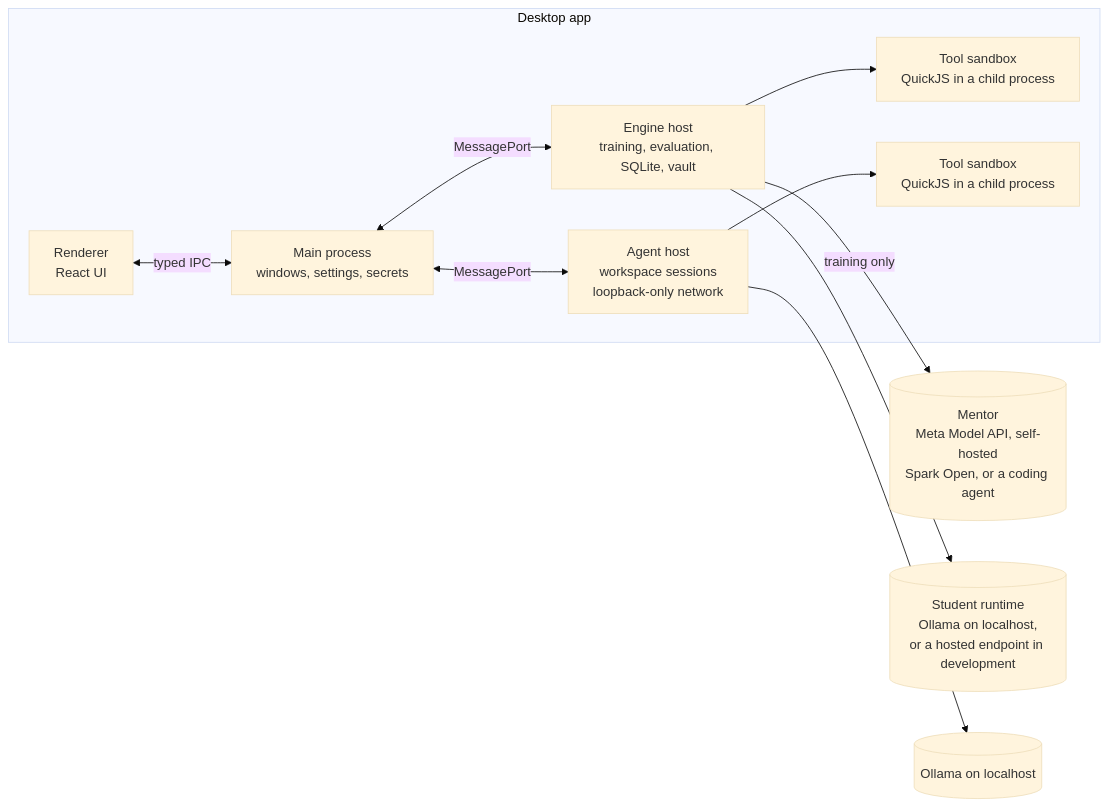
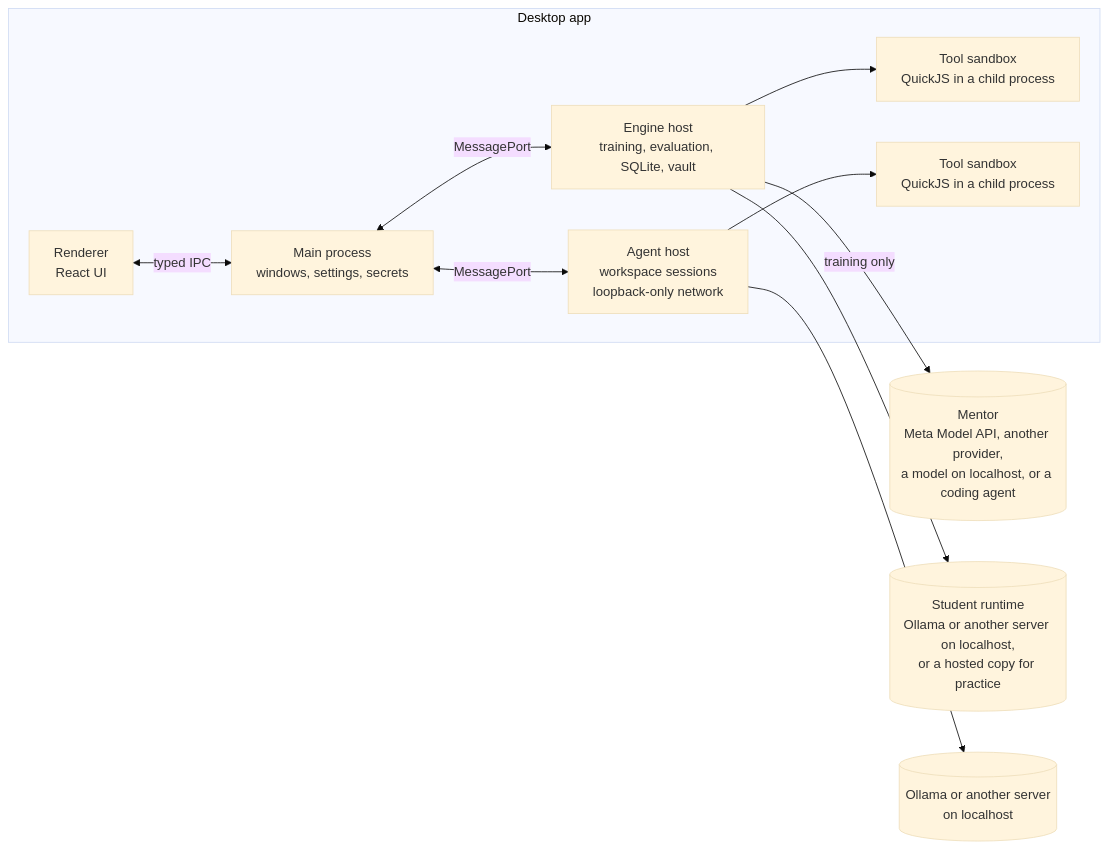
Before and after one commit to echoo19/architect: the diagram in docs/ARCHITECTURE.md, drawn with Mermaid (base theme). The commit also changed other lines of this file and 8 other files, not shown here.

First line of the commit message:
docs: models from any provider, sign-in, local runtimes and the GPU build

````diff
--- a/docs/ARCHITECTURE.md
+++ b/docs/ARCHITECTURE.md
@@ -7,13 +7,13 @@
 ```mermaid
 flowchart LR
   subgraph App[Desktop app]
     R[Renderer<br/>React UI] <-- typed IPC --> M[Main process<br/>windows, settings, secrets]
     M <-- MessagePort --> E[Engine host<br/>training, evaluation, SQLite, vault]
     M <-- MessagePort --> A[Agent host<br/>workspace sessions<br/>loopback-only network]
     E --> S1[Tool sandbox<br/>QuickJS in a child process]
     A --> S2[Tool sandbox<br/>QuickJS in a child process]
   end
-  E -- training only --> Mentor[(Mentor<br/>Meta Model API, self-hosted<br/>Spark Open, or a coding agent)]
-  E --> Student[(Student runtime<br/>Ollama on localhost,<br/>or a hosted endpoint in development)]
-  A --> Local[(Ollama on localhost)]
+  E -- training only --> Mentor[(Mentor<br/>Meta Model API, another provider,<br/>a model on localhost, or a coding agent)]
+  E --> Student[(Student runtime<br/>Ollama or another server on localhost,<br/>or a hosted copy for practice)]
+  A --> Local[(Ollama or another server<br/>on localhost)]
 ```
````
